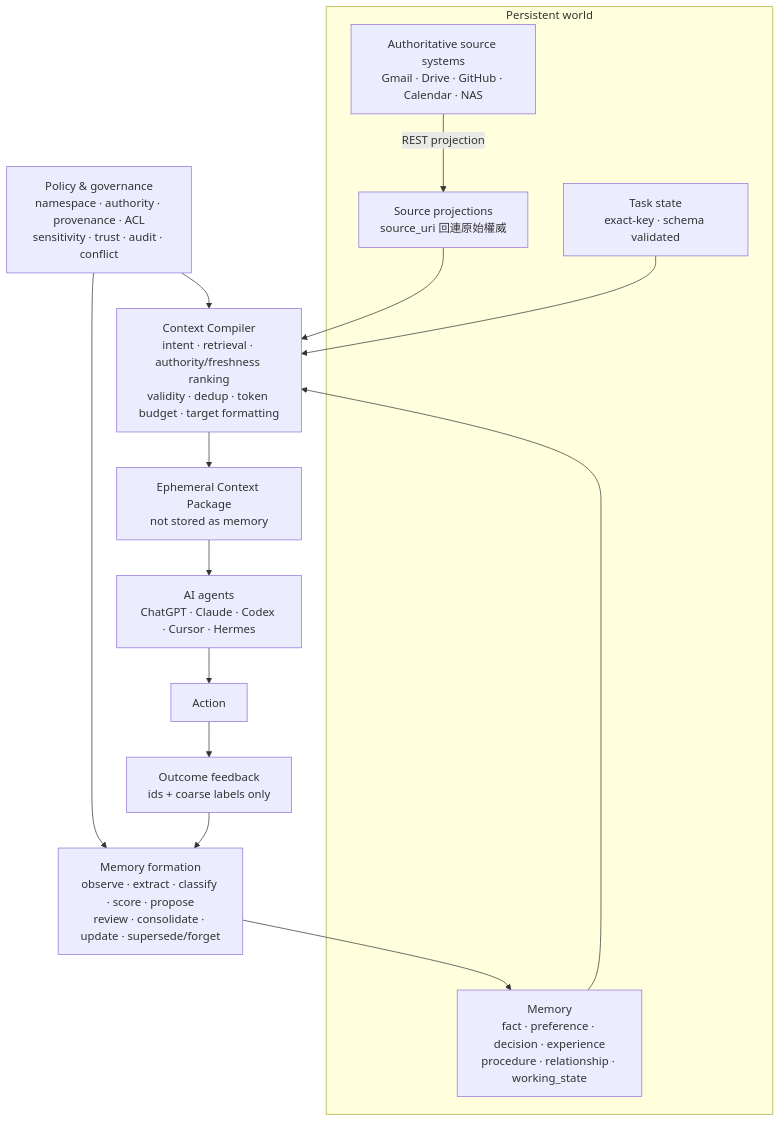
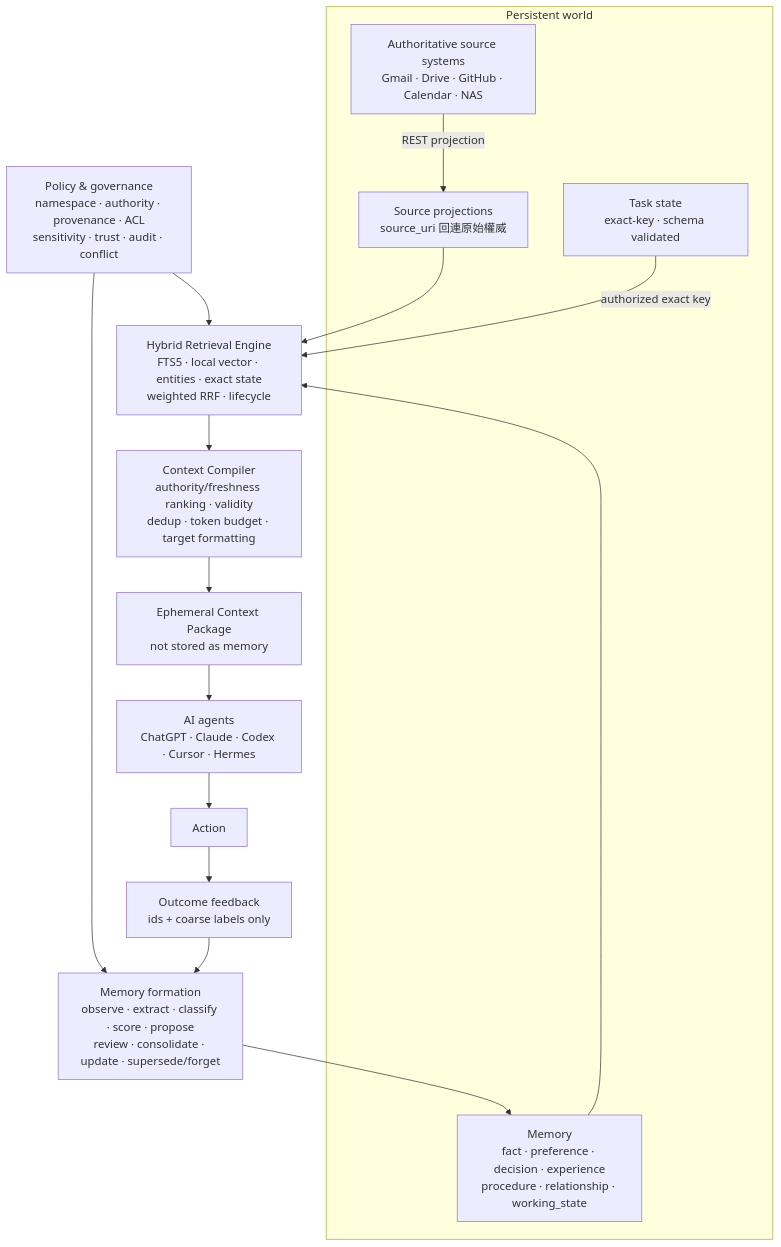
Before and after one commit to cuweiwei/ContextHub: the diagram in README.md, drawn with Mermaid. The commit also changed other lines of this file and 23 other files, not shown here.

Commit message:
Add v6 hybrid memory retrieval

````diff
--- a/README.md
+++ b/README.md
@@ -14,25 +15,26 @@
 ```mermaid
 flowchart TB
   subgraph World["Persistent world"]
     SS["Authoritative source systems<br/>Gmail · Drive · GitHub · Calendar · NAS"]
     SP["Source projections<br/>source_uri 回連原始權威"]
     MEM["Memory<br/>fact · preference · decision · experience<br/>procedure · relationship · working_state"]
     STATE["Task state<br/>exact-key · schema validated"]
     SS -->|"REST projection"| SP
   end
 
   POLICY["Policy & governance<br/>namespace · authority · provenance · ACL<br/>sensitivity · trust · audit · conflict"]
-  CC["Context Compiler<br/>intent · retrieval · authority/freshness ranking<br/>validity · dedup · token budget · target formatting"]
+  RET["Hybrid Retrieval Engine<br/>FTS5 · local vector · entities · exact state<br/>weighted RRF · lifecycle"]
+  CC["Context Compiler<br/>authority/freshness ranking · validity<br/>dedup · token budget · target formatting"]
   PKG["Ephemeral Context Package<br/>not stored as memory"]
   AGENTS["AI agents<br/>ChatGPT · Claude · Codex · Cursor · Hermes"]
   ACTION["Action"]
   OUTCOME["Outcome feedback<br/>ids + coarse labels only"]
   FORM["Memory formation<br/>observe · extract · classify · score · propose<br/>review · consolidate · update · supersede/forget"]
 
-  SP --> CC
-  MEM --> CC
-  STATE --> CC
-  POLICY --> CC
+  SP --> RET
+  MEM --> RET
+  STATE -->|"authorized exact key"| RET
+  POLICY --> RET --> CC
   POLICY --> FORM
   CC --> PKG --> AGENTS --> ACTION --> OUTCOME --> FORM --> MEM
 ```
````
